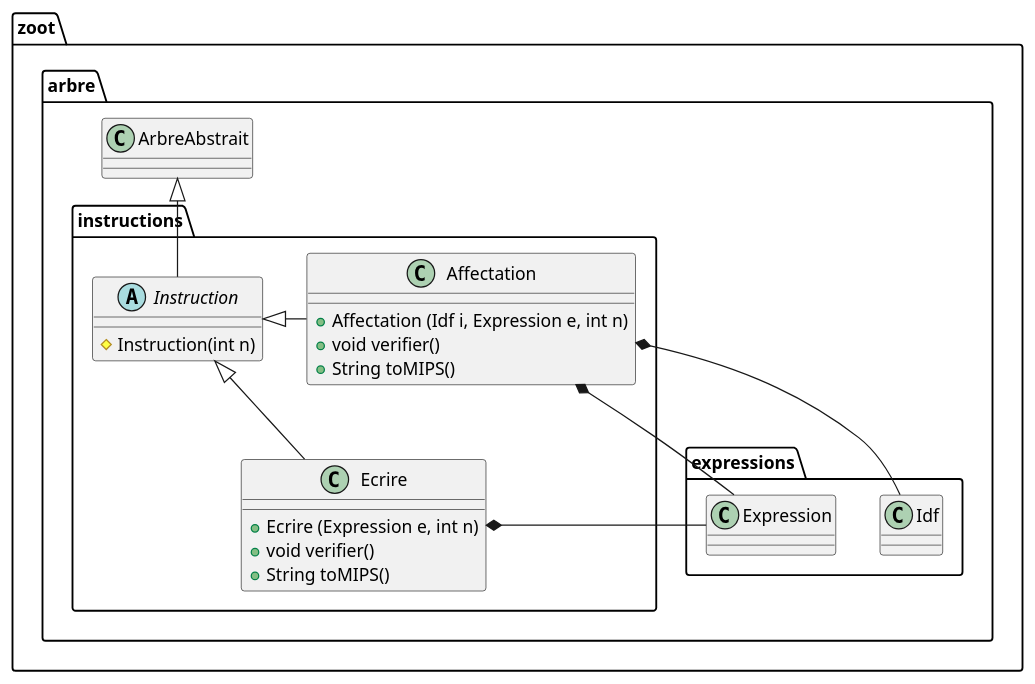
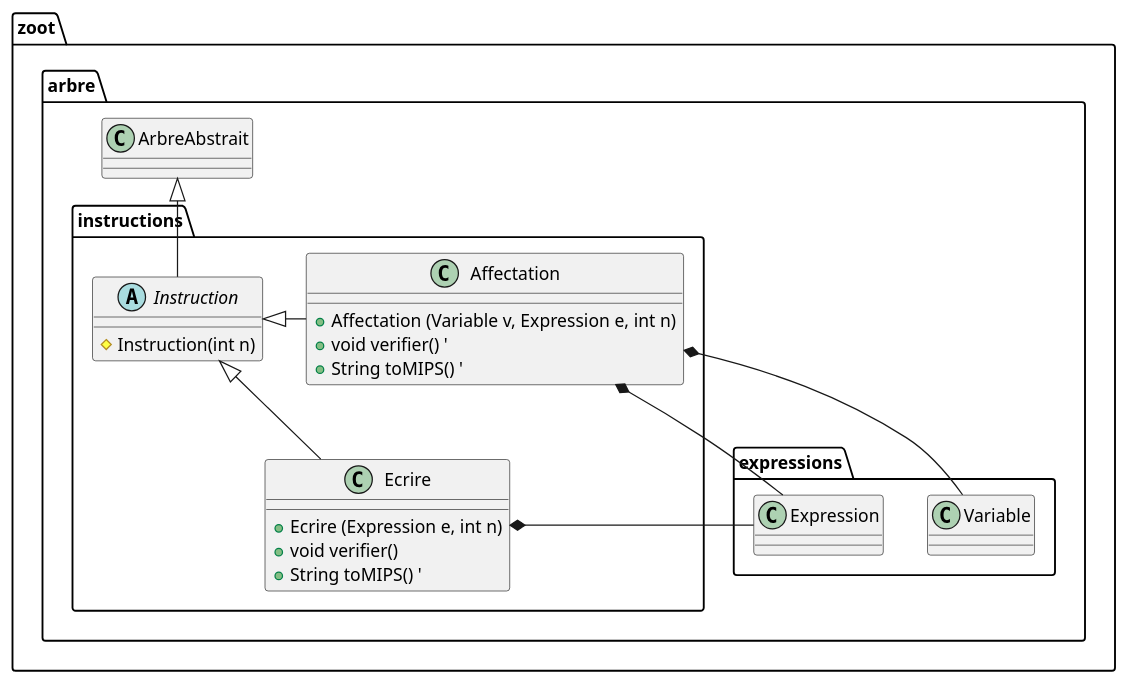
One commit to lmtb06/zoot changed the diagram in diagrammes/classe/instructions.puml. Above: the diagram before and after it, drawn with PlantUML. The commit also changed 5 other files, not shown here.

```diff
--- a/diagrammes/classe/instructions.puml
+++ b/diagrammes/classe/instructions.puml
@@ -1,30 +1,31 @@
 @startuml "Package instructions"
 
 namespace zoot.arbre.instructions {
     ' Includes
     ' Classes
     class Ecrire {
         + Ecrire (Expression e, int n)
         + void verifier()
-        + String toMIPS()
+        + String toMIPS() '
     }
 
     class Affectation {
-        + Affectation (Idf i, Expression e, int n)
-        + void verifier()
-        + String toMIPS()
+        + Affectation (Variable v, Expression e, int n)
+        + void verifier() '
+        + String toMIPS() '
     }
 
     abstract class Instruction {
         # Instruction(int n)
     }
+    
     ' Relations entre les classes
     Ecrire -up-|> Instruction
     Ecrire *-right- zoot.arbre.expressions.Expression
     Instruction -up-|> zoot.arbre.ArbreAbstrait
     Affectation -right-|> Instruction
-    Affectation *-- zoot.arbre.expressions.Idf
+    Affectation *-- zoot.arbre.expressions.Variable
     Affectation *-down- zoot.arbre.expressions.Expression
 }
 
 @enduml
```
